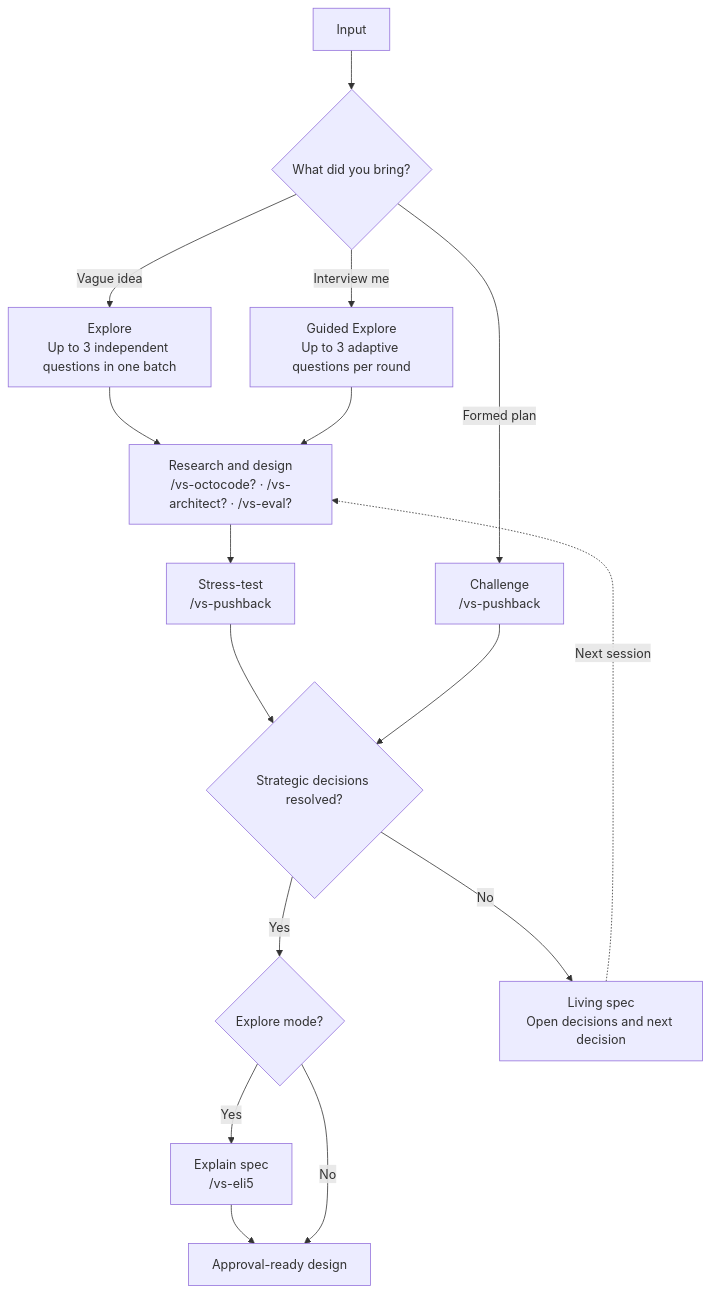
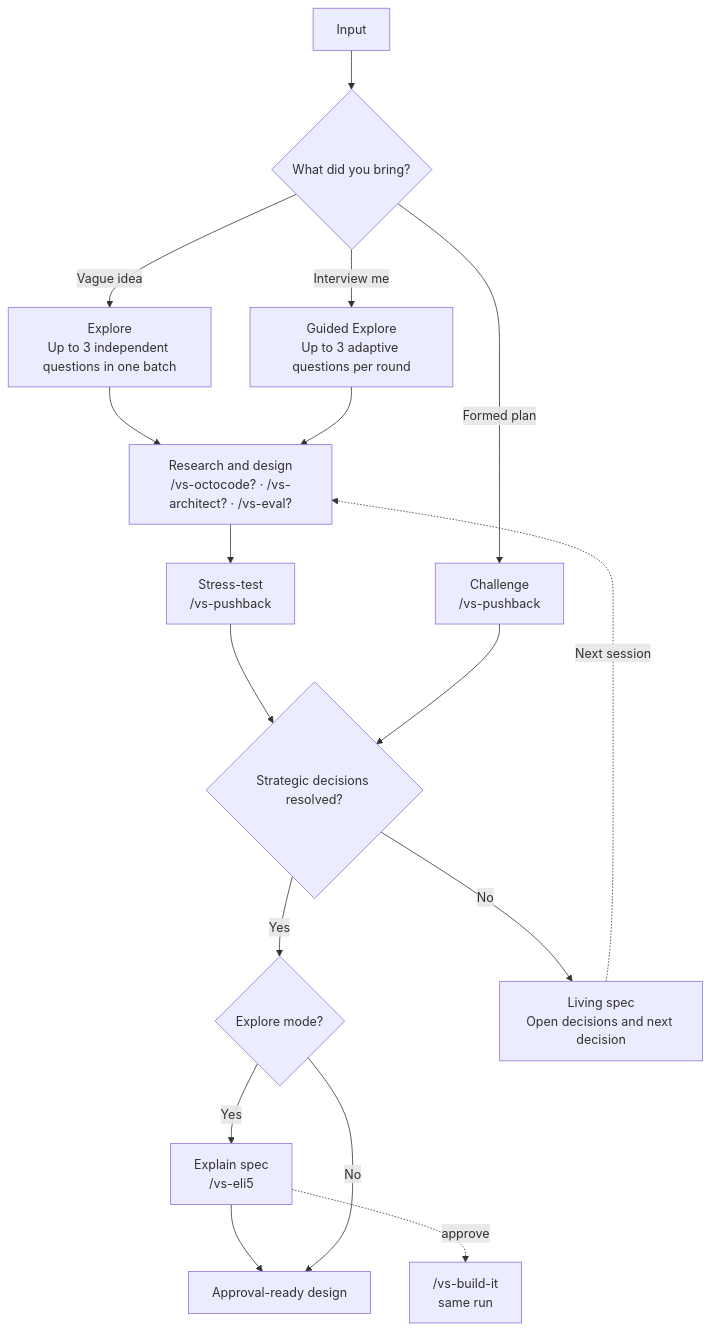
One commit to vltansky/vs changed the second of 4 diagrams in README.md. Above: the diagram before and after it, drawn with Mermaid. The commit also changed 11 other files, not shown here.

````diff
--- a/README.md
+++ b/README.md
@@ -57,17 +57,18 @@
 ```mermaid
 flowchart TD
     I[Input] --> R{What did you bring?}
     R -- Vague idea --> E[Explore<br/>Up to 3 independent questions in one batch]
     R -- "Interview me" --> G[Guided Explore<br/>Up to 3 adaptive questions per round]
     R -- Formed plan --> C["Challenge<br/>/vs-pushback"]
     E --> S["Research and design<br/>/vs-octocode? · /vs-architect? · /vs-eval?"]
     G --> S
     S --> X["Stress-test<br/>/vs-pushback"]
     X --> D{Strategic decisions resolved?}
     C --> D
     D -- Yes --> M{Explore mode?}
     M -- Yes --> K["Explain spec<br/>/vs-eli5"] --> O[Approval-ready design]
     M -- No --> O
+    K -. "approve" .-> B["/vs-build-it<br/>same run"]
     D -- No --> L[Living spec<br/>Open decisions and next decision]
     L -. Next session .-> S
 ```
````
